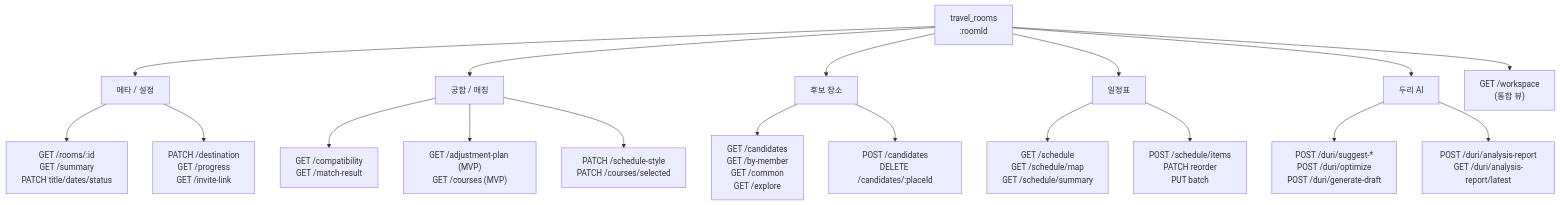
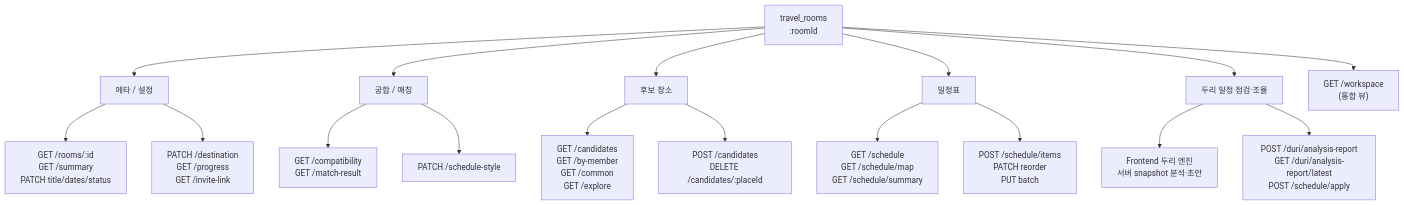
The fifth of 6 diagrams in API_FLOW.md (travel-route-recommender/Backend), drawn with Mermaid before and after one commit. The commit also changed other lines of this file and 89 other files, not shown here.

````diff
--- a/API_FLOW.md
+++ b/API_FLOW.md
@@ -207,27 +209,26 @@
 ```mermaid
 flowchart TB
     ROOM["travel_rooms<br/>:roomId"]
 
     ROOM --> META["메타 / 설정"]
     META --> M1["GET /rooms/:id<br/>GET /summary<br/>PATCH title/dates/status"]
     META --> M2["PATCH /destination<br/>GET /progress<br/>GET /invite-link"]
 
     ROOM --> MATCH["궁합 / 매칭"]
     MATCH --> MT1["GET /compatibility<br/>GET /match-result"]
-    MATCH --> MT2["GET /adjustment-plan (MVP)<br/>GET /courses (MVP)"]
-    MATCH --> MT3["PATCH /schedule-style<br/>PATCH /courses/selected"]
+    MATCH --> MT2["PATCH /schedule-style"]
 
     ROOM --> CAND["후보 장소"]
     CAND --> C1["GET /candidates<br/>GET /by-member<br/>GET /common<br/>GET /explore"]
     CAND --> C2["POST /candidates<br/>DELETE /candidates/:placeId"]
 
     ROOM --> SCHED["일정표"]
     SCHED --> S1["GET /schedule<br/>GET /schedule/map<br/>GET /schedule/summary"]
     SCHED --> S2["POST /schedule/items<br/>PATCH reorder<br/>PUT batch"]
 
-    ROOM --> DURI["두리 AI"]
-    DURI --> D1["POST /duri/suggest-*<br/>POST /duri/optimize<br/>POST /duri/generate-draft"]
-    DURI --> D2["POST /duri/analysis-report<br/>GET /duri/analysis-report/latest"]
+    ROOM --> DURI["두리 일정 점검·조율"]
+    DURI --> D1["Frontend 두리 엔진<br/>서버 snapshot 분석·초안"]
+    DURI --> D2["POST /duri/analysis-report<br/>GET /duri/analysis-report/latest<br/>POST /schedule/apply"]
 
     ROOM --> WS["GET /workspace<br/>(통합 뷰)"]
 ```
````
